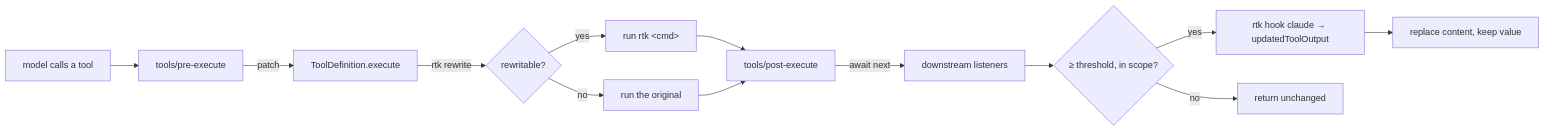
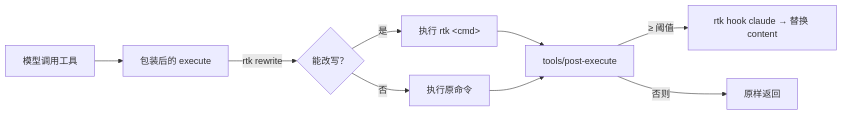
One commit to YunaAloft/dsh-rtk-workbench changed the diagram in README.md. Above: the diagram before and after it, drawn with Mermaid. The commit also changed other lines of this file and 35 other files, not shown here.

````diff
--- a/README.md
+++ b/README.md
@@ -91,15 +64,11 @@
 ```mermaid
 flowchart LR
-  M[model calls a tool] --> P[tools/pre-execute]
-  P -->|patch| X[ToolDefinition.execute]
-  X -->|rtk rewrite| R{"rewritable?"}
-  R -->|yes| E1["run rtk &lt;cmd&gt;"]
-  R -->|no| E2["run the original"]
-  E1 --> C[tools/post-execute]
+  M["模型调用工具"] --> X[包装后的 execute]
+  X -->|rtk rewrite| R{"能改写？"}
+  R -->|是| E1["执行 rtk &lt;cmd&gt;"]
+  R -->|否| E2["执行原命令"]
+  E1 --> C["tools/post-execute"]
   E2 --> C
-  C -->|await next| D[downstream listeners]
-  D --> G{"≥ threshold, in scope?"}
-  G -->|yes| H["rtk hook claude → updatedToolOutput"]
-  G -->|no| I[return unchanged]
-  H --> J["replace content, keep value"]
+  C -->|≥ 阈值| H["rtk hook claude → 替换 content"]
+  C -->|否则| I[原样返回]
 ```
````
